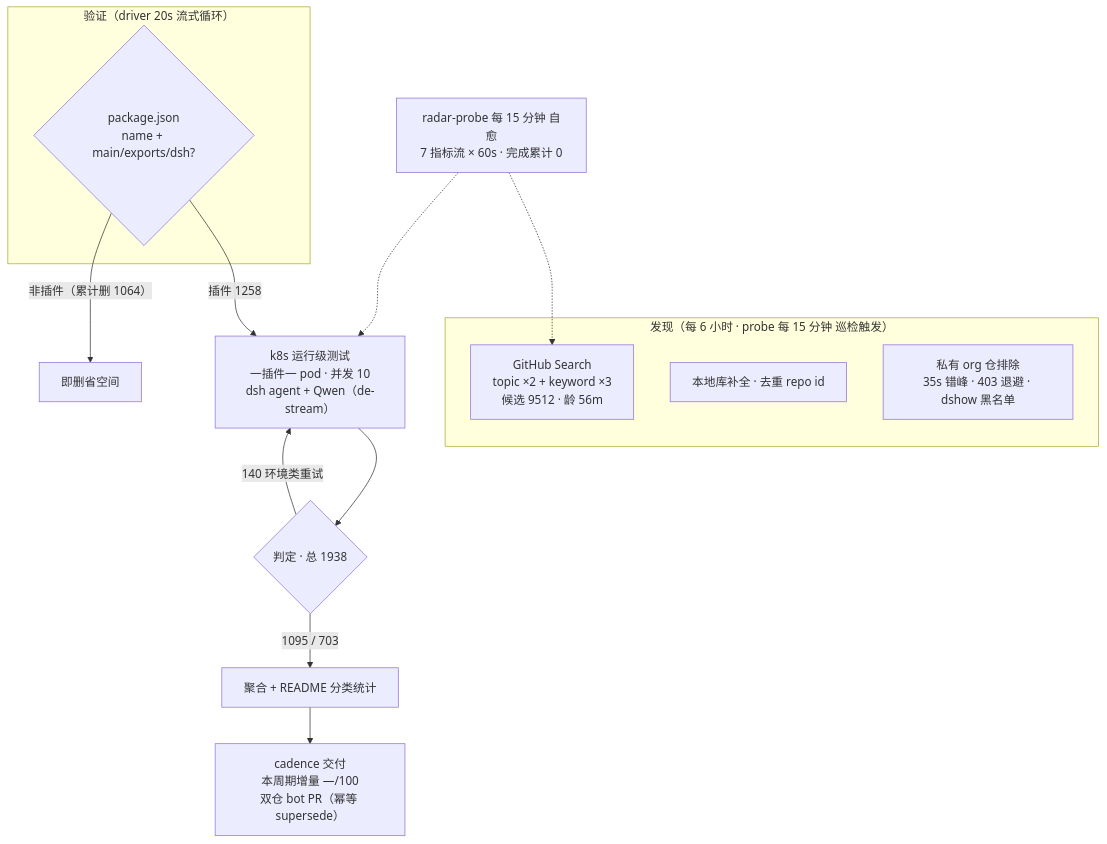
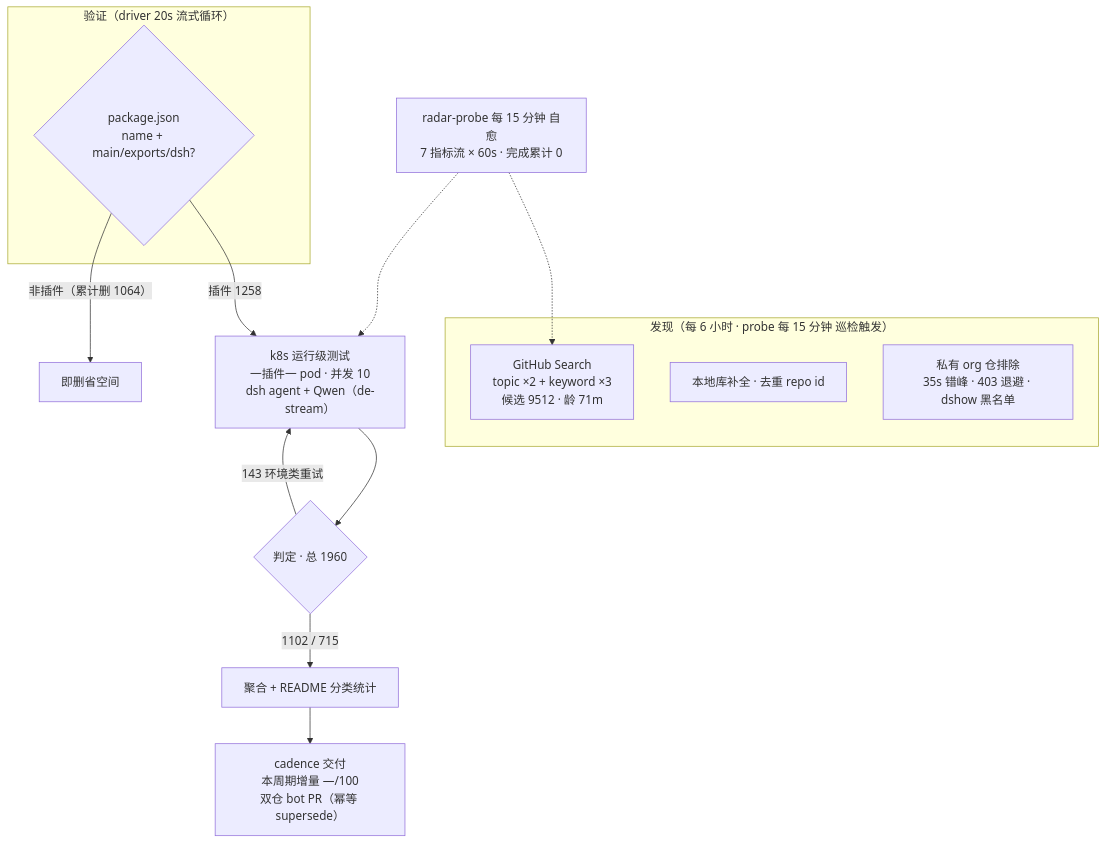
The diagram in README.md (Zhidao-Lab-OSS/awesome-dsh-plugins), drawn with Mermaid before and after one commit. The commit also changed other lines of this file and 1 other file, not shown here.

````diff
--- a/README.md
+++ b/README.md
@@ -37,19 +37,19 @@
 ```mermaid
 flowchart TB
     subgraph Discovery[" 发现（每 6 小时 · probe 每 15 分钟 巡检触发）"]
-        A1["GitHub Search<br/>topic ×2 + keyword ×3<br/>候选 9512 · 龄 56m"]
+        A1["GitHub Search<br/>topic ×2 + keyword ×3<br/>候选 9512 · 龄 71m"]
         A2["本地库补全 · 去重 repo id"]
         A3[" 私有 org 仓排除<br/>35s 错峰 · 403 退避 · dshow 黑名单"]
     end
     subgraph Validation[" 验证（driver 20s 流式循环）"]
         B1{"package.json<br/>name + main/exports/dsh?"}
     end
     B1 -->|"插件 1258"| C1["k8s 运行级测试<br/>一插件一 pod · 并发 10<br/>dsh agent + Qwen（de-stream）"]
     B1 -->|"非插件（累计删 1064）"| B3[" 即删省空间"]
-    C1 --> D1{"判定 · 总 1938"}
-    D1 -->|" 1095 /  703"| E1["聚合 + README 分类统计"]
-    D1 -->|" 140 环境类重试"| C1
+    C1 --> D1{"判定 · 总 1960"}
+    D1 -->|" 1102 /  715"| E1["聚合 + README 分类统计"]
+    D1 -->|" 143 环境类重试"| C1
     E1 --> E2["cadence 交付<br/>本周期增量 —/100<br/>双仓 bot PR（幂等 supersede）"]
     M[" radar-probe 每 15 分钟 自愈<br/>7 指标流 × 60s · 完成累计 0"] -.-> A1
     M -.-> C1
 ```
````
